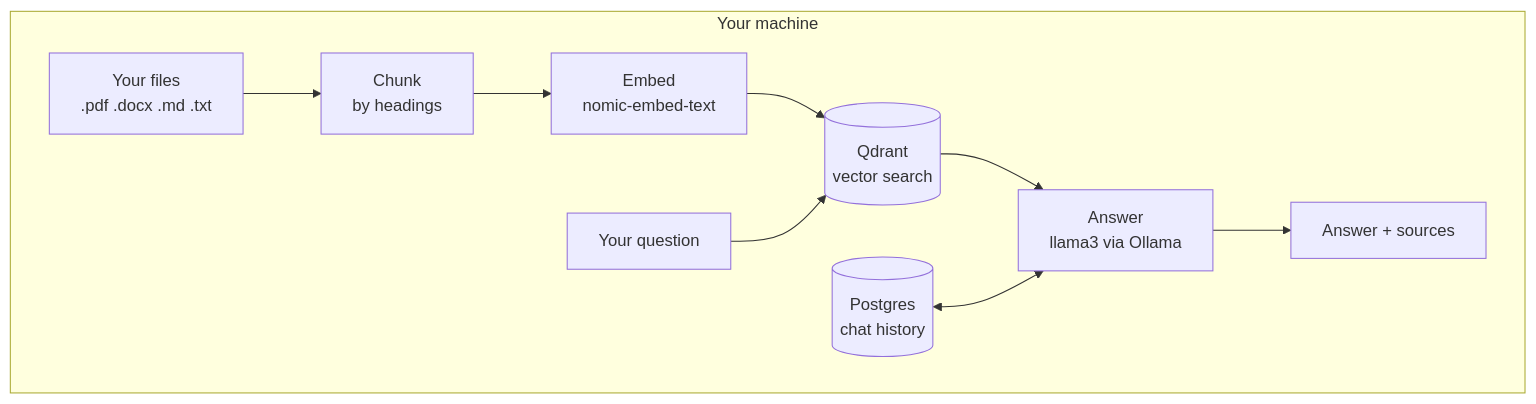
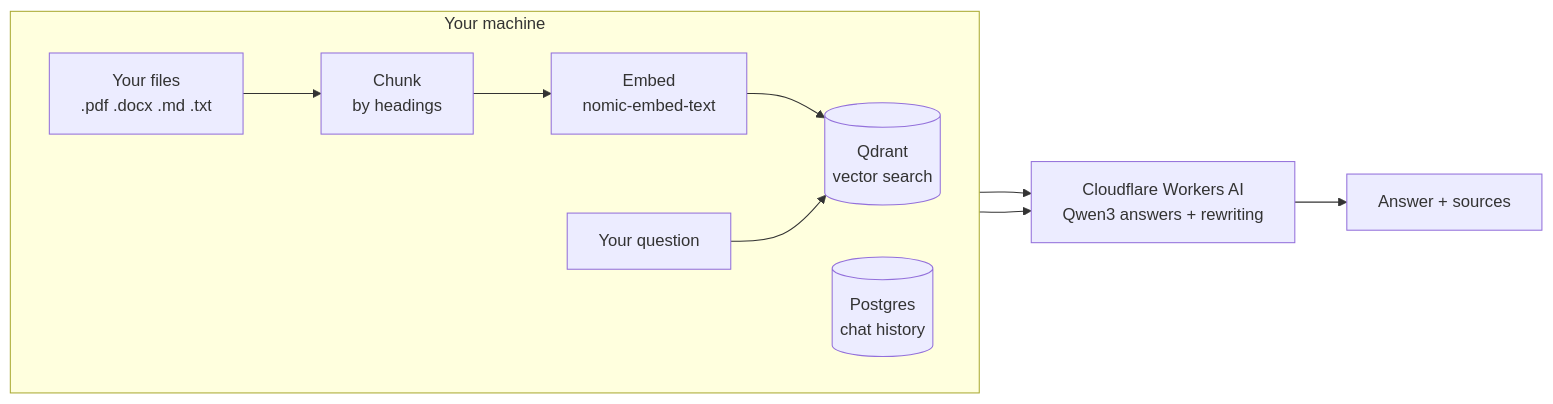
One commit to Sekharendu/LocalCortex changed the diagram in README.md. Above: the diagram before and after it, drawn with Mermaid. The commit also changed other lines of this file and 21 other files, not shown here.

Commit message:
feat: integrate Cloudflare Workers AI generation

````diff
--- a/README.md
+++ b/README.md
@@ -45,13 +45,14 @@
 ```mermaid
 flowchart LR
     subgraph machine["Your machine"]
         direction LR
         F["Your files<br/>.pdf .docx .md .txt"] --> C["Chunk<br/>by headings"]
         C --> E["Embed<br/>nomic-embed-text"]
         E --> Q[("Qdrant<br/>vector search")]
         U["Your question"] --> Q
-        Q --> L["Answer<br/>llama3 via Ollama"]
-        L --> A["Answer + sources"]
-        P[("Postgres<br/>chat history")] <--> L
+        P[("Postgres<br/>chat history")]
     end
+    Q --> L["Cloudflare Workers AI<br/>Qwen3 answers + rewriting"]
+    P --> L
+    L --> A["Answer + sources"]
 ```
````
